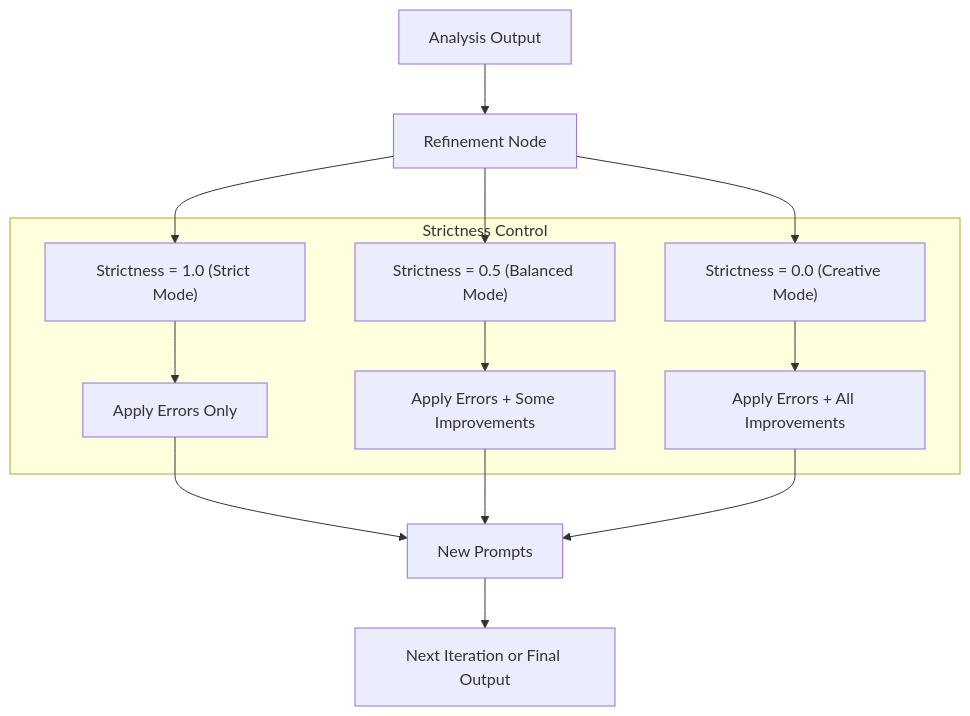
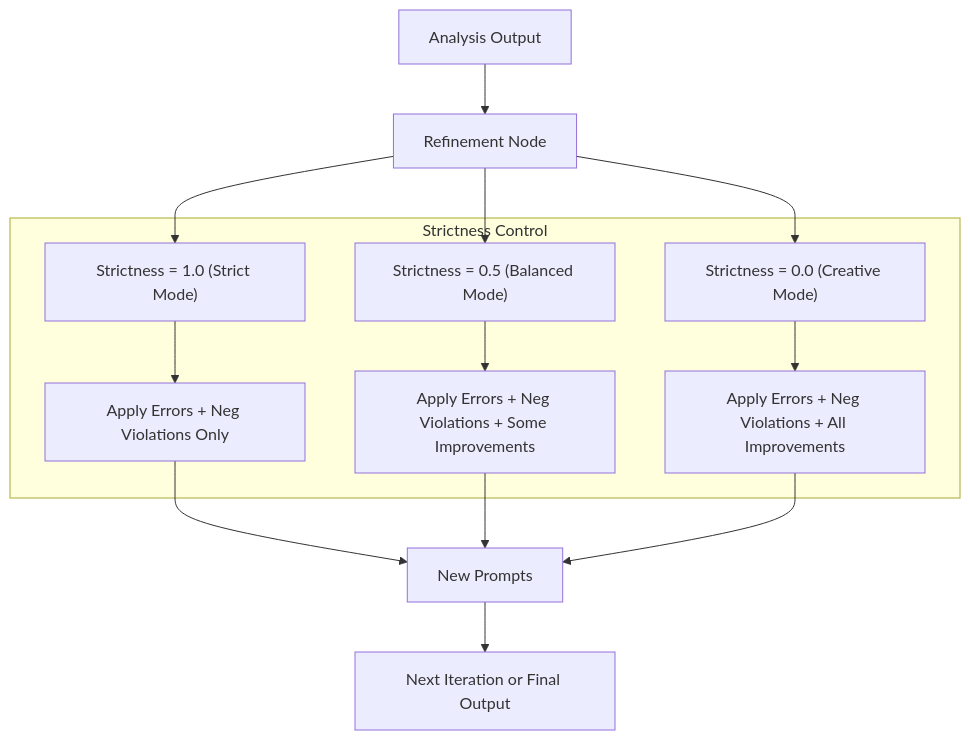
The second of 2 diagrams in README.md (WaynePincence/GIRL), drawn with Mermaid before and after one commit. The commit also changed other lines of this file, not shown here.

````diff
--- a/README.md
+++ b/README.md
@@ -58,24 +59,23 @@
 ```mermaid
 flowchart TD
     subgraph "Strictness Control"
         C["Strictness = 1.0 (Strict Mode)"]
-        D["Apply Errors Only"]
+        D["Apply Errors + Neg Violations Only"]
         E["Strictness = 0.5 (Balanced Mode)"]
-        F["Apply Errors + Some Improvements"]
+        F["Apply Errors + Neg Violations + Some Improvements"]
         G["Strictness = 0.0 (Creative Mode)"]
-        H["Apply Errors + All Improvements"]
+        H["Apply Errors + Neg Violations + All Improvements"]
         C --> D
         E --> F
         G --> H
     end
     
     A["Analysis Output"] --> B["Refinement Node"]
     B --> C
     B --> E
     B --> G
     D --> I["New Prompts"]
     F --> I
     H --> I
     I --> J["Next Iteration or Final Output"]
-
 ```
````
